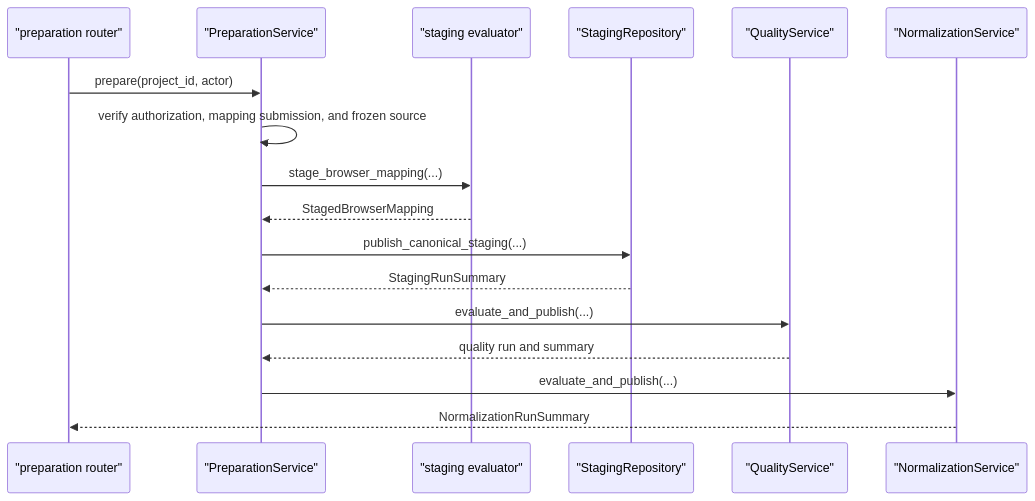
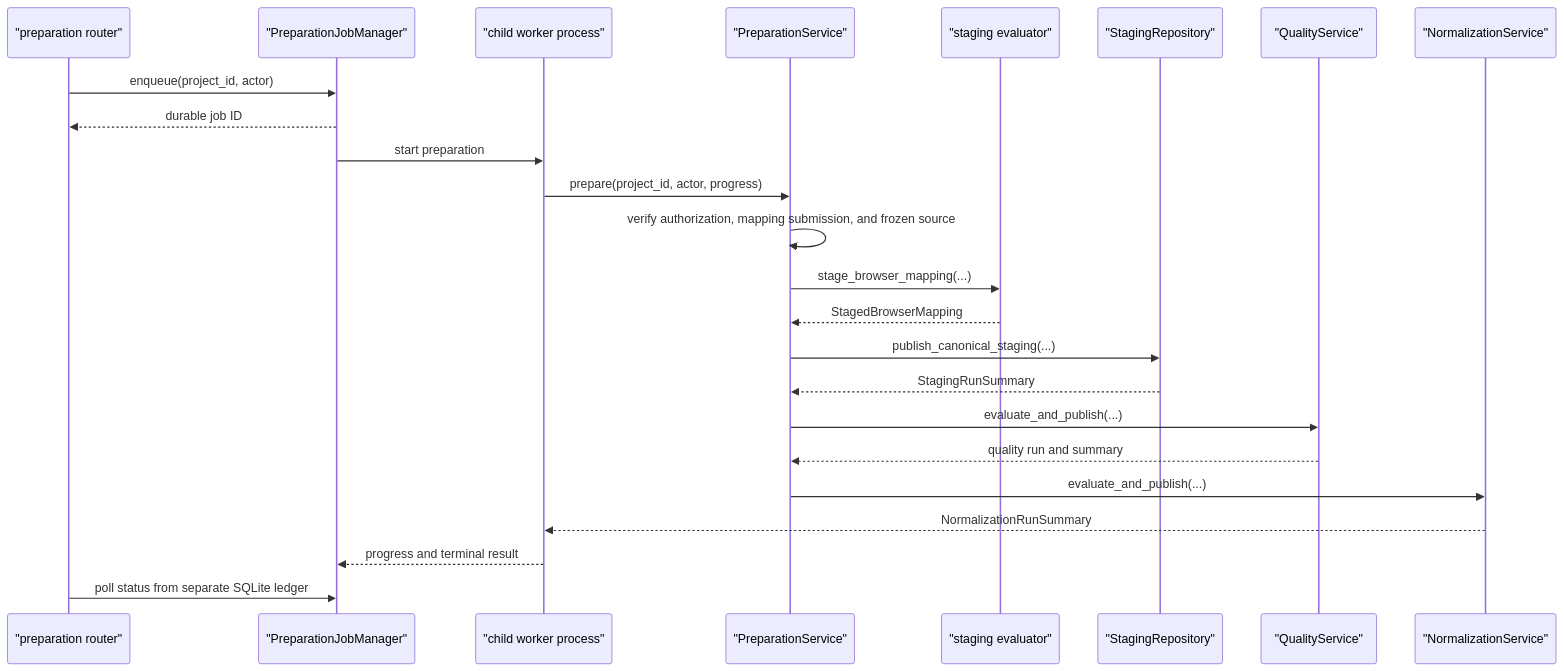
One commit to fderyckel/dev-impodo changed the seventh of 8 diagrams in docs/architecture/python-code-map.md. Above: the diagram before and after it, drawn with Mermaid. The commit also changed other lines of this file and 19 other files, not shown here.

First line of the commit message:
Implement SQLite-based preparation job management and progress tracking

````diff
--- a/docs/architecture/python-code-map.md
+++ b/docs/architecture/python-code-map.md
@@ -484,20 +484,27 @@
 ```mermaid
 sequenceDiagram
     participant Route as "preparation router"
+    participant Jobs as "PreparationJobManager"
+    participant Worker as "child worker process"
     participant Service as "PreparationService"
     participant Eval as "staging evaluator"
     participant Stage as "StagingRepository"
     participant Quality as "QualityService"
     participant Normalize as "NormalizationService"
 
-    Route->>Service: prepare(project_id, actor)
+    Route->>Jobs: enqueue(project_id, actor)
+    Jobs-->>Route: durable job ID
+    Jobs->>Worker: start preparation
+    Worker->>Service: prepare(project_id, actor, progress)
     Service->>Service: verify authorization, mapping submission, and frozen source
     Service->>Eval: stage_browser_mapping(...)
     Eval-->>Service: StagedBrowserMapping
     Service->>Stage: publish_canonical_staging(...)
     Stage-->>Service: StagingRunSummary
     Service->>Quality: evaluate_and_publish(...)
     Quality-->>Service: quality run and summary
     Service->>Normalize: evaluate_and_publish(...)
-    Normalize-->>Route: NormalizationRunSummary
+    Normalize-->>Worker: NormalizationRunSummary
+    Worker-->>Jobs: progress and terminal result
+    Route->>Jobs: poll status from separate SQLite ledger
 ```
````
